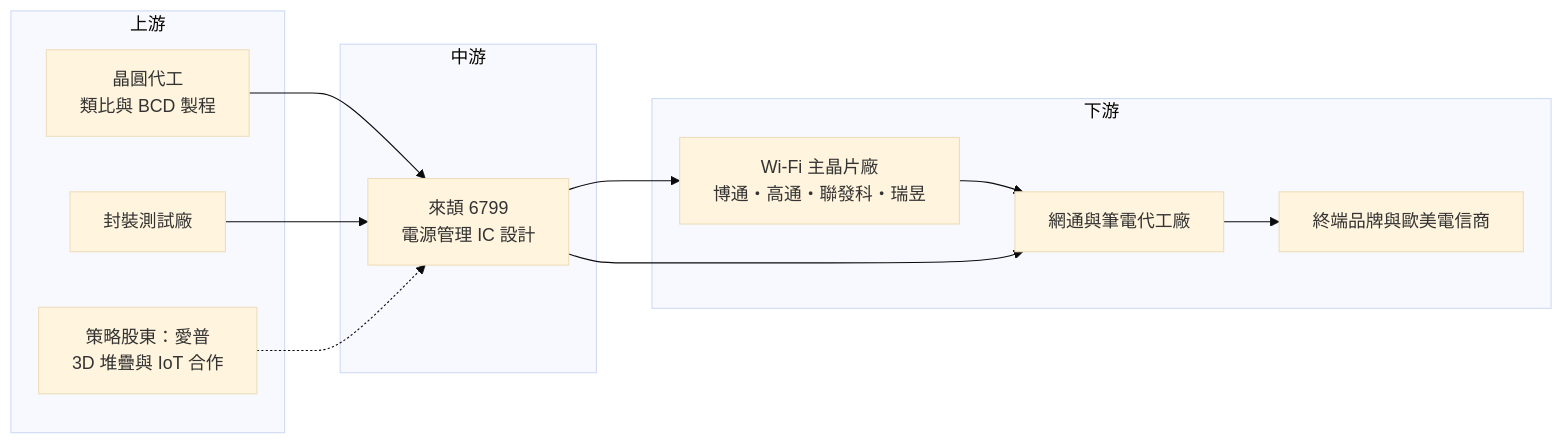
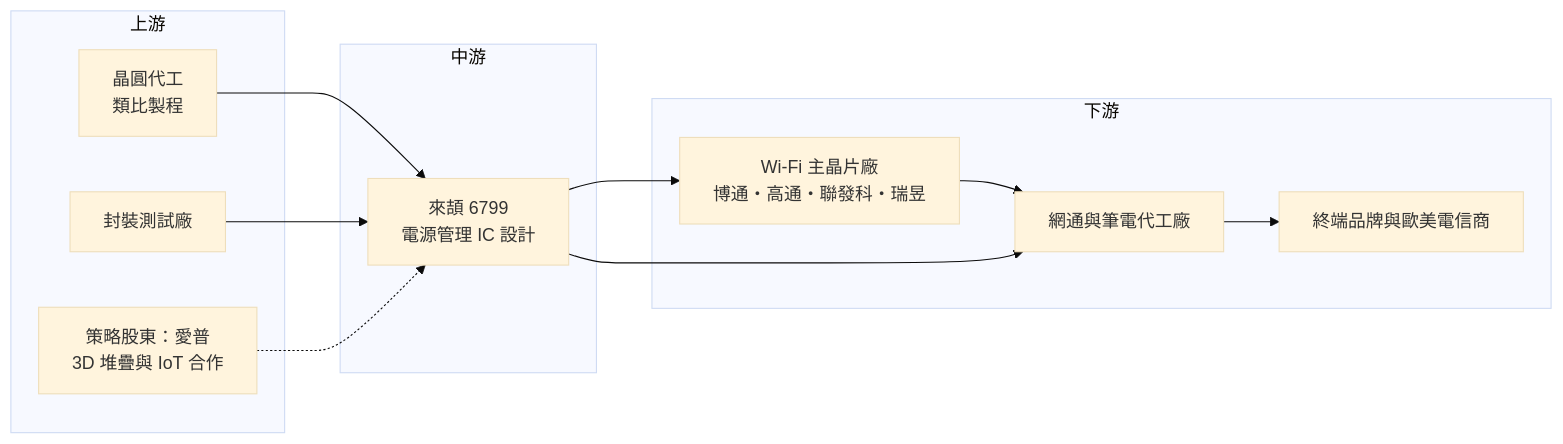
The fourth of 4 diagrams in 個股/台股/6799來頡.md (wangnick1004/taiwan-stock-vault), drawn with Mermaid (base theme) before and after one commit. The commit also changed other lines of this file and 52 other files, not shown here.

````diff
--- a/個股/台股/6799來頡.md
+++ b/個股/台股/6799來頡.md
@@ -218,23 +217,23 @@
 ```mermaid
 flowchart LR
     subgraph 上游
-        A1["晶圓代工<br/>類比與 BCD 製程"]
+        A1["晶圓代工<br/>類比製程"]
         A2[封裝測試廠]
         A3["策略股東：愛普<br/>3D 堆疊與 IoT 合作"]
     end
     subgraph 中游
         B["來頡 6799<br/>電源管理 IC 設計"]
     end
     subgraph 下游
         C1["Wi-Fi 主晶片廠<br/>博通・高通・聯發科・瑞昱"]
         C2["網通與筆電代工廠"]
         C3["終端品牌與歐美電信商"]
     end
     A1 --> B
     A2 --> B
     A3 -.-> B
     B --> C1
     C1 --> C2
     B --> C2
     C2 --> C3
 ```
````
